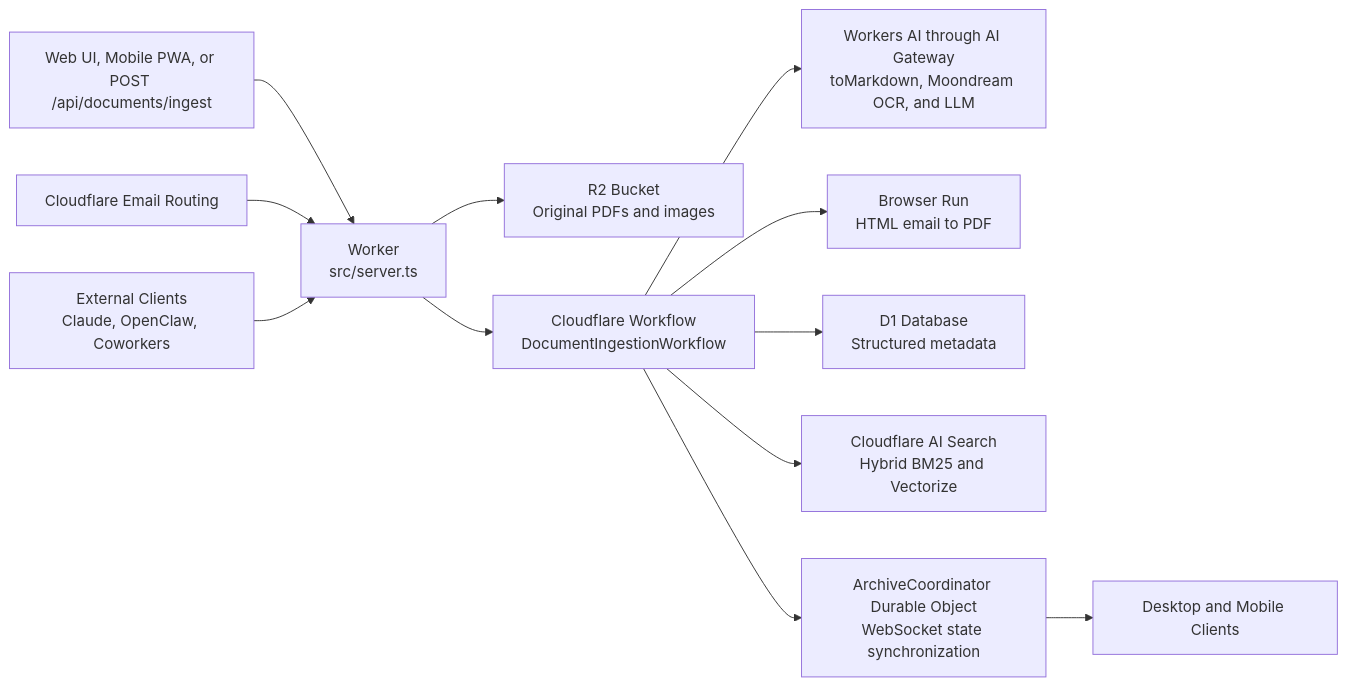
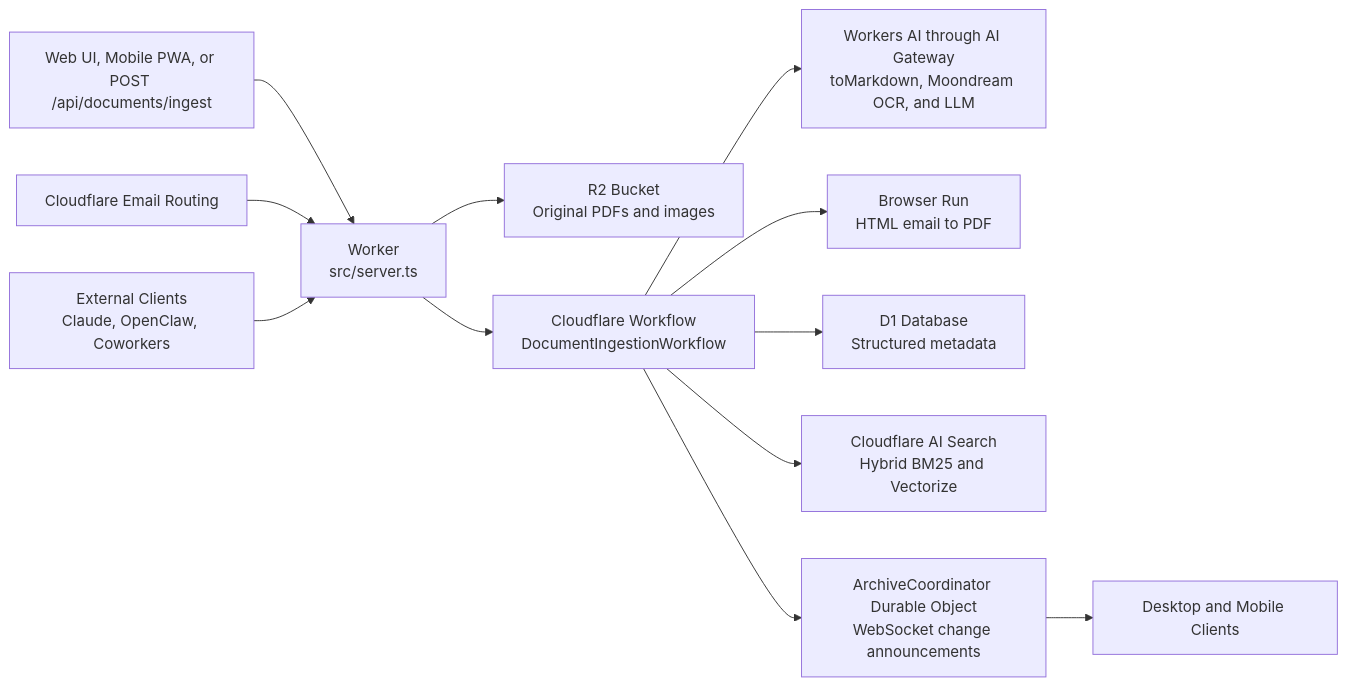
One commit to SzymonNastaly/schublade changed the first of 2 diagrams in VISION.md. Above: the diagram before and after it, drawn with Mermaid. The commit also changed other lines of this file and 2 other files, not shown here.

````diff
--- a/VISION.md
+++ b/VISION.md
@@ -49,14 +49,14 @@
 ```mermaid
 flowchart LR
 	Upload["Web UI, Mobile PWA, or POST /api/documents/ingest"] --> Worker["Worker\nsrc/server.ts"]
 	Email["Cloudflare Email Routing"] --> Worker
 	Worker --> R2["R2 Bucket\nOriginal PDFs and images"]
 	Worker --> WF["Cloudflare Workflow\nDocumentIngestionWorkflow"]
 	WF --> AI["Workers AI through AI Gateway\ntoMarkdown, Moondream OCR, and LLM"]
 	WF --> Browser["Browser Run\nHTML email to PDF"]
 	WF --> D1["D1 Database\nStructured metadata"]
 	WF --> Search["Cloudflare AI Search\nHybrid BM25 and Vectorize"]
-	WF --> Coord["ArchiveCoordinator Durable Object\nWebSocket state synchronization"]
+	WF --> Coord["ArchiveCoordinator Durable Object\nWebSocket change announcements"]
 	Coord --> UI["Desktop and Mobile Clients"]
 	MCP["External Clients\nClaude, OpenClaw, Coworkers"] --> Worker
 ```
````
